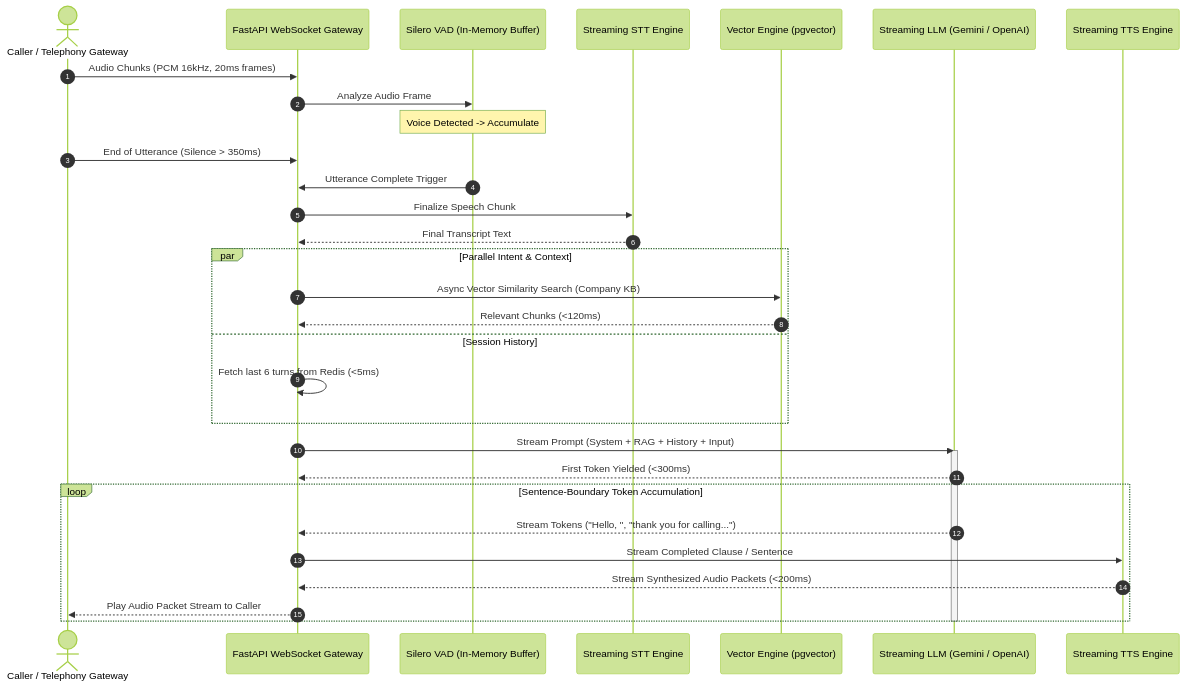
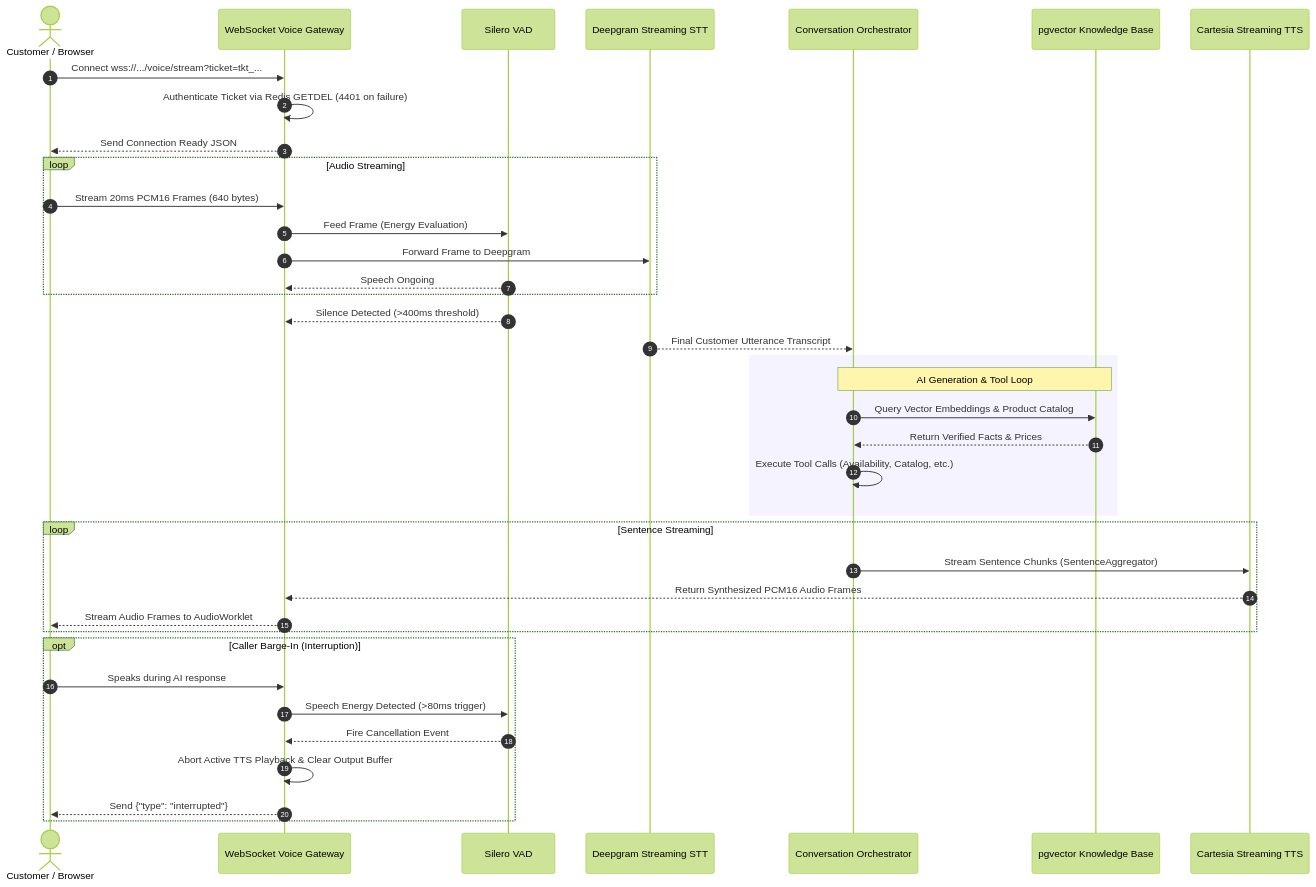
Before and after one commit to Sourav6404/-Autonomous-AI-Sales-Voice-Agent: the second of 2 diagrams in docs/SYSTEM_ARCHITECTURE.md, drawn with Mermaid (forest theme). The commit also changed other lines of this file and 10 other files, not shown here.

````diff
--- a/docs/SYSTEM_ARCHITECTURE.md
+++ b/docs/SYSTEM_ARCHITECTURE.md
@@ -99,38 +83,46 @@
 ```mermaid
 sequenceDiagram
     autonumber
-    actor Caller as Caller / Telephony Gateway
-    participant WS as FastAPI WebSocket Gateway
-    participant VAD as Silero VAD (In-Memory Buffer)
-    participant STT as Streaming STT Engine
-    participant RAG as Vector Engine (pgvector)
-    participant LLM as Streaming LLM (Gemini / OpenAI)
-    participant TTS as Streaming TTS Engine
+    actor Caller as Customer / Browser
+    participant Gateway as WebSocket Voice Gateway
+    participant VAD as Silero VAD
+    participant STT as Deepgram Streaming STT
+    participant Orchestrator as Conversation Orchestrator
+    participant RAG as pgvector Knowledge Base
+    participant TTS as Cartesia Streaming TTS
 
-    Caller->>WS: Audio Chunks (PCM 16kHz, 20ms frames)
-    WS->>VAD: Analyze Audio Frame
-    Note over VAD: Voice Detected -> Accumulate
-    Caller->>WS: End of Utterance (Silence > 350ms)
-    VAD->>WS: Utterance Complete Trigger
-    WS->>STT: Finalize Speech Chunk
-    STT-->>WS: Final Transcript Text
+    Caller->>Gateway: Connect wss://.../voice/stream?ticket=tkt_...
+    Gateway->>Gateway: Authenticate Ticket via Redis GETDEL (4401 on failure)
+    Gateway-->>Caller: Send Connection Ready JSON
 
-    par Parallel Intent & Context
-        WS->>RAG: Async Vector Similarity Search (Company KB)
-        RAG-->>WS: Relevant Chunks (<120ms)
-    and Session History
-        WS->>WS: Fetch last 6 turns from Redis (<5ms)
+    loop Audio Streaming
+        Caller->>Gateway: Stream 20ms PCM16 Frames (640 bytes)
+        Gateway->>VAD: Feed Frame (Energy Evaluation)
+        Gateway->>STT: Forward Frame to Deepgram
+        VAD-->>Gateway: Speech Ongoing
     end
 
-    WS->>LLM: Stream Prompt (System + RAG + History + Input)
-    activate LLM
-    LLM-->>WS: First Token Yielded (<300ms)
+    VAD-->>Gateway: Silence Detected (>400ms threshold)
+    STT-->>Orchestrator: Final Customer Utterance Transcript
 
-    loop Sentence-Boundary Token Accumulation
-        LLM-->>WS: Stream Tokens ("Hello, ", "thank you for calling...")
-        WS->>TTS: Stream Completed Clause / Sentence
-        TTS-->>WS: Stream Synthesized Audio Packets (<200ms)
-        WS-->>Caller: Play Audio Packet Stream to Caller
+    rect rgb(245, 243, 255)
+        Note over Orchestrator,RAG: AI Generation & Tool Loop
+        Orchestrator->>RAG: Query Vector Embeddings & Product Catalog
+        RAG-->>Orchestrator: Return Verified Facts & Prices
+        Orchestrator->>Orchestrator: Execute Tool Calls (Availability, Catalog, etc.)
     end
-    deactivate LLM
+
+    loop Sentence Streaming
+        Orchestrator->>TTS: Stream Sentence Chunks (SentenceAggregator)
+        TTS-->>Gateway: Return Synthesized PCM16 Audio Frames
+        Gateway-->>Caller: Stream Audio Frames to AudioWorklet
+    end
+
+    opt Caller Barge-In (Interruption)
+        Caller->>Gateway: Speaks during AI response
+        Gateway->>VAD: Speech Energy Detected (>80ms trigger)
+        VAD-->>Gateway: Fire Cancellation Event
+        Gateway->>Gateway: Abort Active TTS Playback & Clear Output Buffer
+        Gateway-->>Caller: Send {"type": "interrupted"}
+    end
 ```
````
